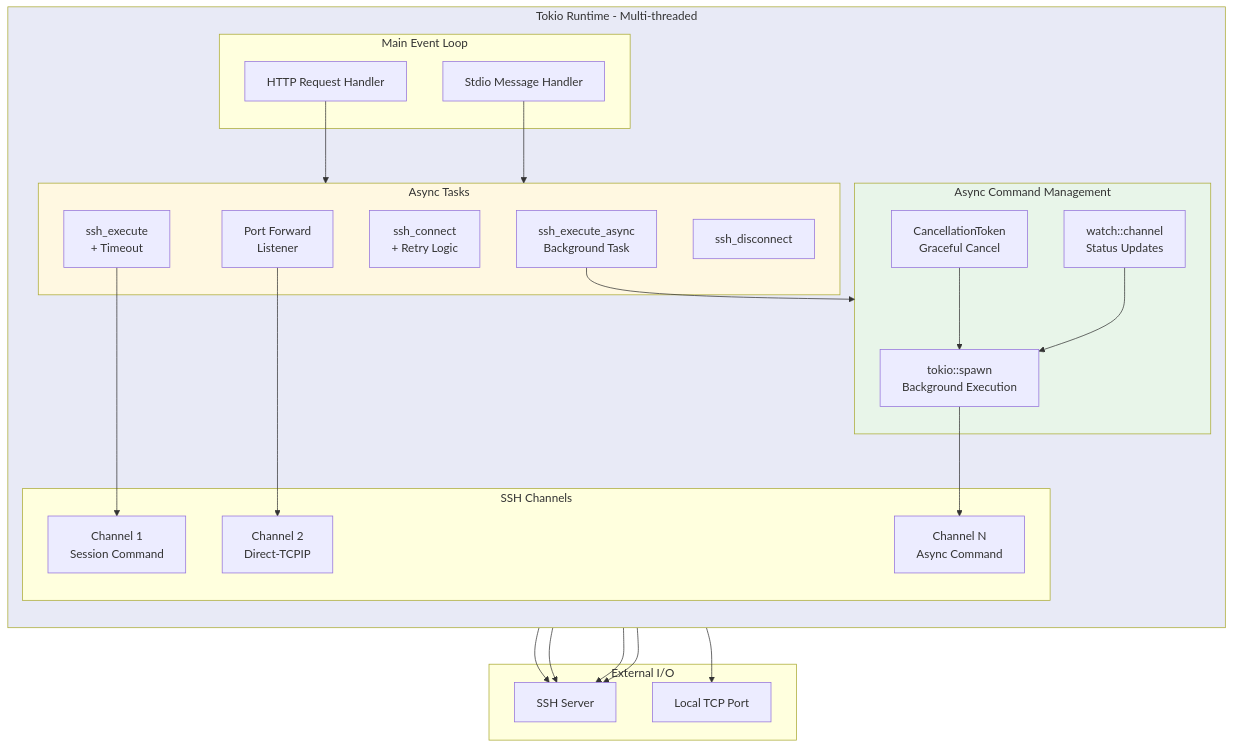
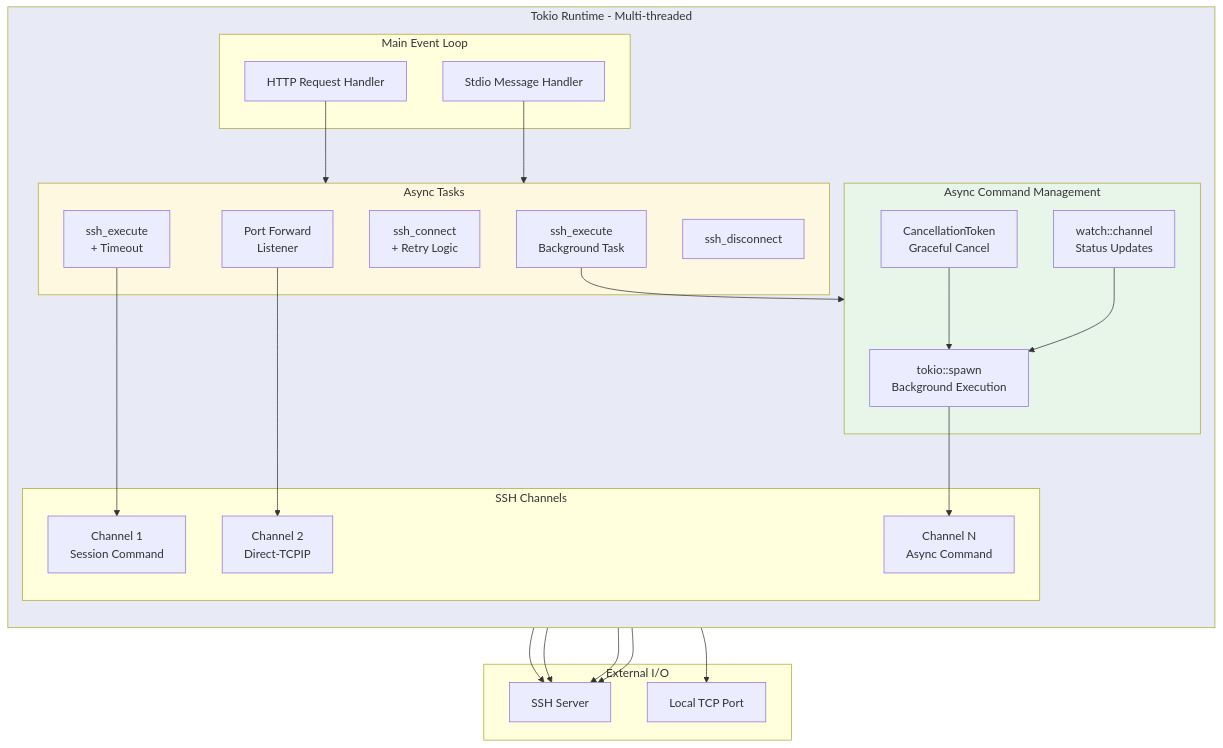
The seventh of 11 diagrams in docs/ARCHITECTURE.md (farchanjo/ssh-mcp), drawn with Mermaid before and after one commit. The commit also changed other lines of this file and 6 other files, not shown here.

````diff
--- a/docs/ARCHITECTURE.md
+++ b/docs/ARCHITECTURE.md
@@ -647,54 +646,54 @@
 ```mermaid
 flowchart TB
     subgraph Runtime["Tokio Runtime - Multi-threaded"]
         direction TB
 
         subgraph MainLoop["Main Event Loop"]
             HTTP["HTTP Request Handler"]
             STDIO["Stdio Message Handler"]
         end
 
         subgraph Tasks["Async Tasks"]
             Connect["ssh_connect<br/>+ Retry Logic"]
             Execute["ssh_execute<br/>+ Timeout"]
-            AsyncExec["ssh_execute_async<br/>Background Task"]
+            AsyncExec["ssh_execute<br/>Background Task"]
             Forward["Port Forward<br/>Listener"]
             Disconnect["ssh_disconnect"]
         end
 
         subgraph AsyncCommands["Async Command Management"]
             Spawn["tokio::spawn<br/>Background Execution"]
             Cancel["CancellationToken<br/>Graceful Cancel"]
             Status["watch::channel<br/>Status Updates"]
         end
 
         subgraph Channels["SSH Channels"]
             Chan1["Channel 1<br/>Session Command"]
             Chan2["Channel 2<br/>Direct-TCPIP"]
             ChanAsync["Channel N<br/>Async Command"]
         end
     end
 
     subgraph External["External I/O"]
         SSHServer["SSH Server"]
         LocalPort["Local TCP Port"]
     end
 
     HTTP --> Tasks
     STDIO --> Tasks
     Connect --> SSHServer
     Execute --> Chan1
     AsyncExec --> AsyncCommands
     Spawn --> ChanAsync
     Cancel --> Spawn
     Status --> Spawn
     Forward --> Chan2
     Forward --> LocalPort
     Chan1 --> SSHServer
     Chan2 --> SSHServer
     ChanAsync --> SSHServer
 
     style Runtime fill:#e8eaf6
     style Tasks fill:#fff8e1
     style AsyncCommands fill:#e8f5e9
 ```
````
